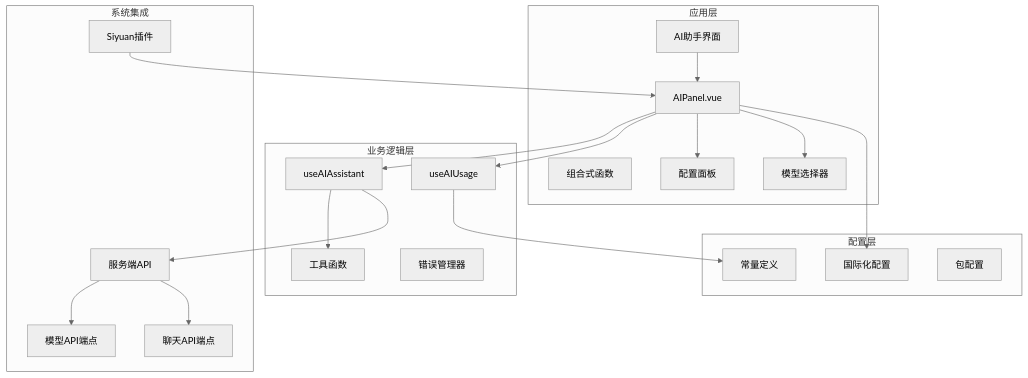
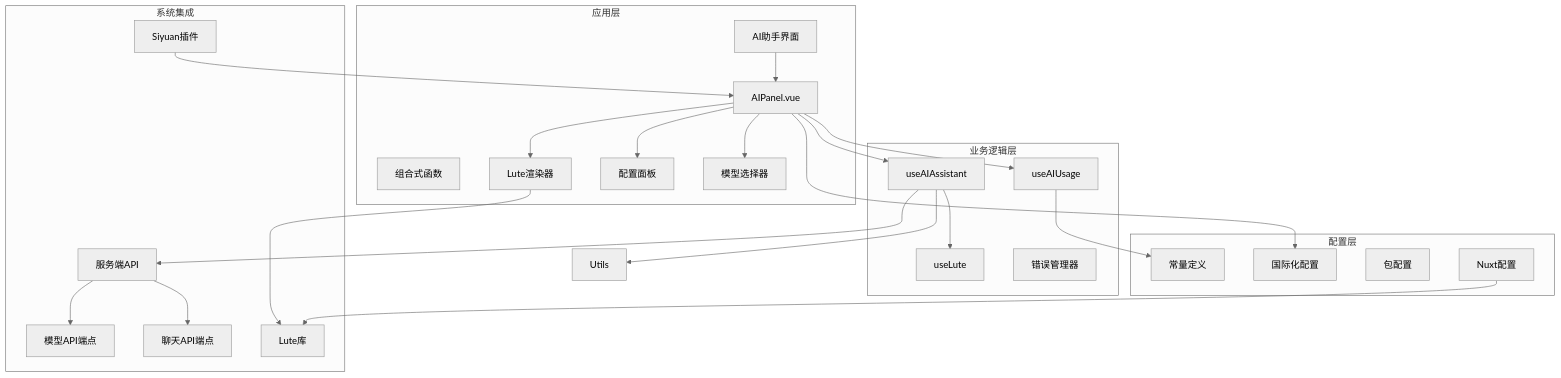
One commit to terwer/siyuan-plugin-blog changed the first of 27 diagrams in .qoder/repowiki/zh/content/核心功能/AI助手系统.md. Above: the diagram before and after it, drawn with Mermaid (neutral theme). The commit also changed other lines of this file and 6 other files, not shown here.

Commit message:
feat(ai-assistant): add Lute Markdown & dark theme

````diff
--- a/.qoder/repowiki/zh/content/核心功能/AI助手系统.md
+++ b/.qoder/repowiki/zh/content/核心功能/AI助手系统.md
@@ -57,39 +61,46 @@
 ```mermaid
 graph TB
 subgraph "应用层"
 UI[AI助手界面]
 Panel[AIPanel.vue]
 Composables[组合式函数]
+LuteRenderer[Lute渲染器]
 ConfigPanel[配置面板]
 ModelSelector[模型选择器]
 end
 subgraph "业务逻辑层"
 Assistant[useAIAssistant]
 Usage[useAIUsage]
-Utils[工具函数]
+LuteHook[useLute]
 ErrorManager[错误管理器]
 end
 subgraph "配置层"
 Constants[常量定义]
 I18n[国际化配置]
 Package[包配置]
+NuxtConfig[Nuxt配置]
 end
 subgraph "系统集成"
 Siyuan[Siyuan插件]
 Server[服务端API]
 ModelAPI[模型API端点]
 ChatAPI[聊天API端点]
+LuteLib[Lute库]
 end
 UI --> Panel
 Panel --> Assistant
 Panel --> Usage
+Panel --> LuteRenderer
 Panel --> ConfigPanel
 Panel --> ModelSelector
+Assistant --> LuteHook
 Assistant --> Utils
 Usage --> Constants
 Panel --> I18n
 Assistant --> Server
 Server --> ModelAPI
 Server --> ChatAPI
+LuteRenderer --> LuteLib
 Siyuan --> Panel
+NuxtConfig --> LuteLib
 ```
````
